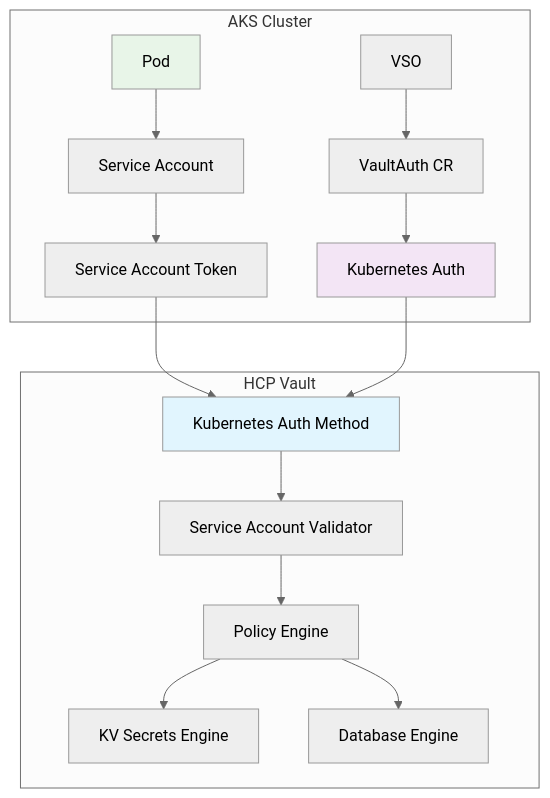
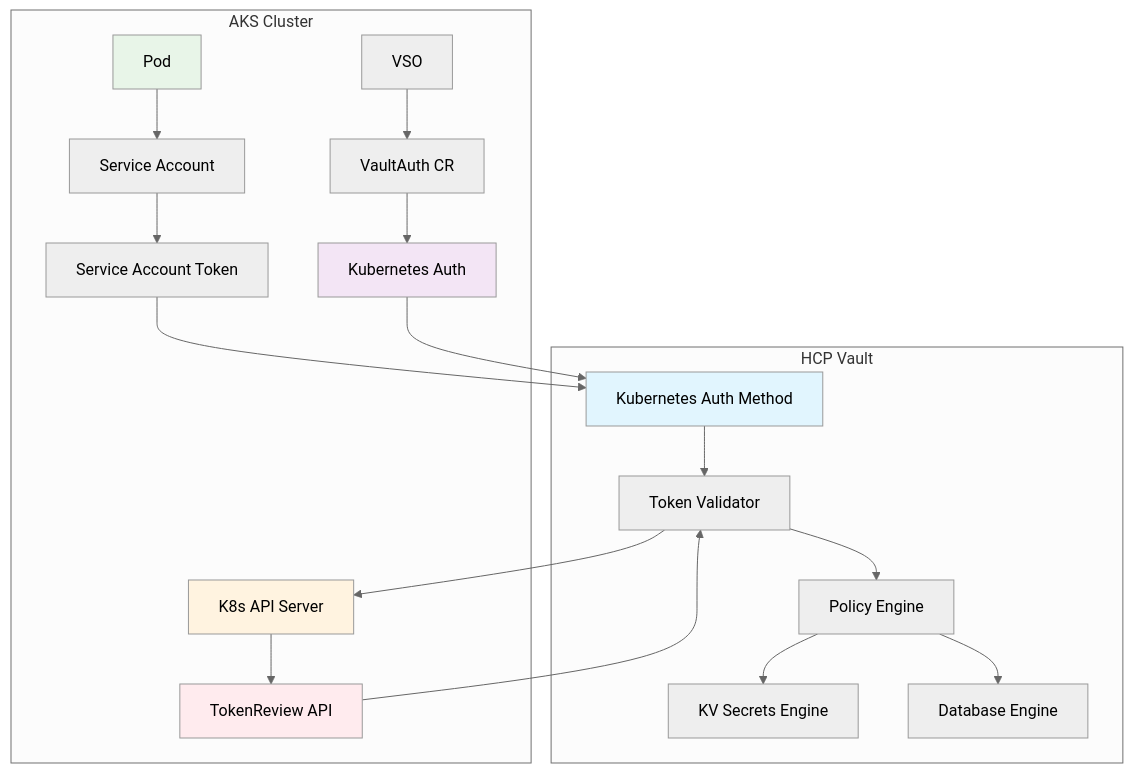
The first of 4 diagrams in docs/kubernetes-integration-guide.md (ucbabu/hcp-vault), drawn with Mermaid (neutral theme) before and after one commit. The commit also changed other lines of this file, not shown here.

Commit message:
fixed aks auth flows

````diff
--- a/docs/kubernetes-integration-guide.md
+++ b/docs/kubernetes-integration-guide.md
@@ -16,28 +16,35 @@
 ```mermaid
 graph TB
     subgraph "AKS Cluster"
         A[Pod] --> B[Service Account]
         B --> C[Service Account Token]
         D[VSO] --> E[VaultAuth CR]
         E --> F[Kubernetes Auth]
+        L[K8s API Server]
+        M[TokenReview API]
     end
     
     subgraph "HCP Vault"
         G[Kubernetes Auth Method]
-        H[Service Account Validator]
+        H[Token Validator]
         I[Policy Engine]
         J[KV Secrets Engine]
         K[Database Engine]
     end
     
     C --> G
+    F --> G
     G --> H
+    H --> L
+    L --> M
+    M --> H
     H --> I
     I --> J
     I --> K
-    F --> G
     
     style G fill:#e1f5fe
     style F fill:#f3e5f5
     style A fill:#e8f5e8
+    style L fill:#fff3e0
+    style M fill:#ffebee
 ```
````
